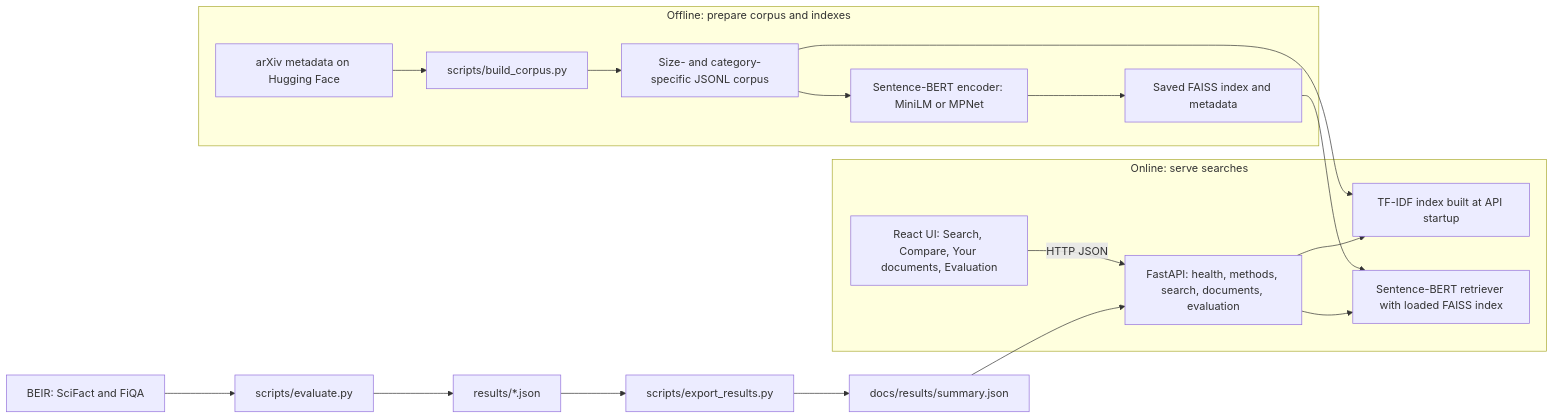
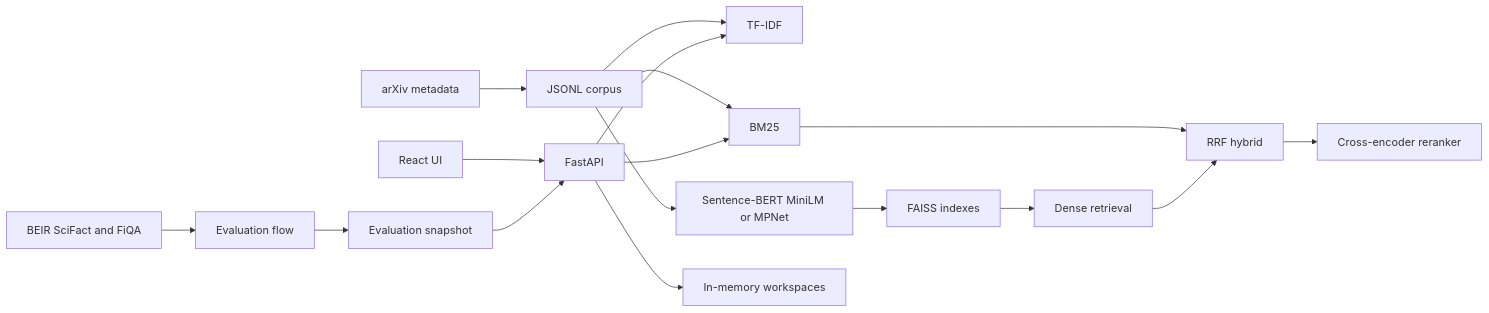
One commit to Ram0kr0singh/semantic-search-engine changed the diagram in README.md. Above: the diagram before and after it, drawn with Mermaid. The commit also changed other lines of this file, not shown here.

````diff
--- a/README.md
+++ b/README.md
@@ -133,24 +33,16 @@
 ```mermaid
 flowchart LR
-  subgraph OFFLINE["Offline: prepare corpus and indexes"]
-    HF["arXiv metadata on Hugging Face"] --> BC["scripts/build_corpus.py"]
-    BC --> JSONL["Size- and category-specific JSONL corpus"]
-    JSONL --> EMB["Sentence-BERT encoder: MiniLM or MPNet"]
-    EMB --> FAISS["Saved FAISS index and metadata"]
-  end
-
-  subgraph ONLINE["Online: serve searches"]
-    API["FastAPI: health, methods, search, documents, evaluation"]
-    JSONL --> TFIDF["TF-IDF index built at API startup"]
-    FAISS --> SB["Sentence-BERT retriever with loaded FAISS index"]
-    API --> TFIDF
-    API --> SB
-    UI["React UI: Search, Compare, Your documents, Evaluation"] -->|"HTTP JSON"| API
-  end
-
-  BEIR["BEIR: SciFact and FiQA"] --> EVAL["scripts/evaluate.py"]
-  EVAL --> REPORTS["results/*.json"]
-  REPORTS --> EXPORT["scripts/export_results.py"]
-  EXPORT --> SNAP["docs/results/summary.json"]
-  SNAP --> API
+  HF[arXiv metadata] --> CORPUS[JSONL corpus]
+  CORPUS --> TFIDF[TF-IDF]
+  CORPUS --> BM25[BM25]
+  CORPUS --> EMB[Sentence-BERT MiniLM or MPNet] --> FAISS[FAISS indexes]
+  UI[React UI] --> API[FastAPI]
+  API --> TFIDF
+  API --> BM25
+  FAISS --> DENSE[Dense retrieval]
+  BM25 --> HYBRID[RRF hybrid]
+  DENSE --> HYBRID
+  HYBRID --> RERANK[Cross-encoder reranker]
+  API --> WS[In-memory workspaces]
+  BEIR[BEIR SciFact and FiQA] --> EVAL[Evaluation flow] --> SNAP[Evaluation snapshot] --> API
 ```
````
